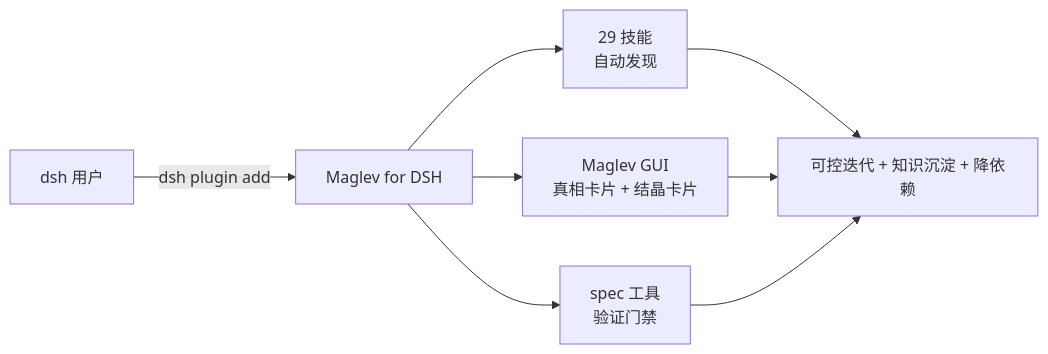
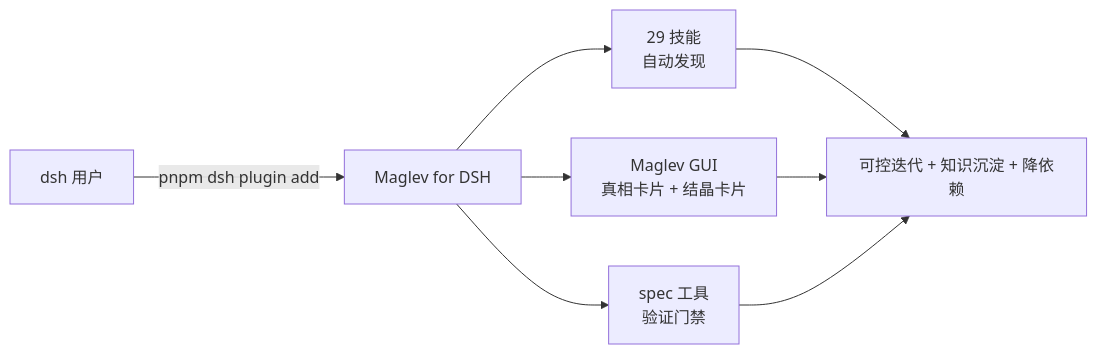
The diagram in README.md (Idea-Maglev/maglev-for-dsh), drawn with Mermaid before and after one commit. The commit also changed other lines of this file and 1 other file, not shown here.

Commit message:
docs: 修正所有 dsh 命令为 pnpm dsh（dsh 无全局命令，需在 checkout 下用 pnpm dsh）

````diff
--- a/README.md
+++ b/README.md
@@ -15,10 +15,10 @@
 ```mermaid
 flowchart LR
-    U["dsh 用户"] -->|"dsh plugin add"| M["Maglev for DSH"]
+    U["dsh 用户"] -->|"pnpm dsh plugin add"| M["Maglev for DSH"]
     M --> S["29 技能<br/>自动发现"]
     M --> G["Maglev GUI<br/>真相卡片 + 结晶卡片"]
     M --> T["spec 工具<br/>验证门禁"]
     S --> W["可控迭代 + 知识沉淀 + 降依赖"]
     G --> W
     T --> W
 ```
````
